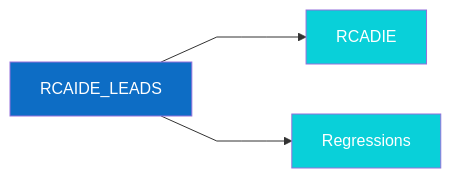
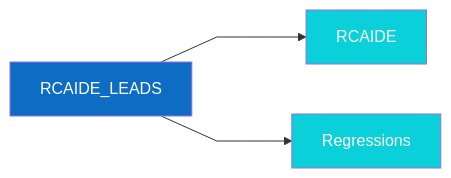
The first of 2 diagrams in README.md (RCAIDE/RCAIDE), drawn with Mermaid before and after one commit. The commit also changed other lines of this file and 45 other files, not shown here.

````diff
--- a/README.md
+++ b/README.md
@@ -36,14 +53,14 @@
 ```mermaid
 %%{init: {'flowchart': {'curve': 'linear', 'nodeSpacing': 50, 'rankSpacing': 50}}}%%
 flowchart LR
     RCAIDE_LEADS[RCAIDE_LEADS]
-    RCADIE[RCADIE]
+    RCAIDE[RCAIDE]
     Regressions[Regressions]
     
-    RCAIDE_LEADS ---> RCADIE
+    RCAIDE_LEADS ---> RCAIDE
     RCAIDE_LEADS ---> Regressions
 
     style RCAIDE_LEADS fill:#0d6dc5,color:#fff
-    style RCADIE fill:#09d0d9,color:#fff
+    style RCAIDE fill:#09d0d9,color:#fff
     style Regressions fill:#09d0d9,color:#fff
 ```
````
